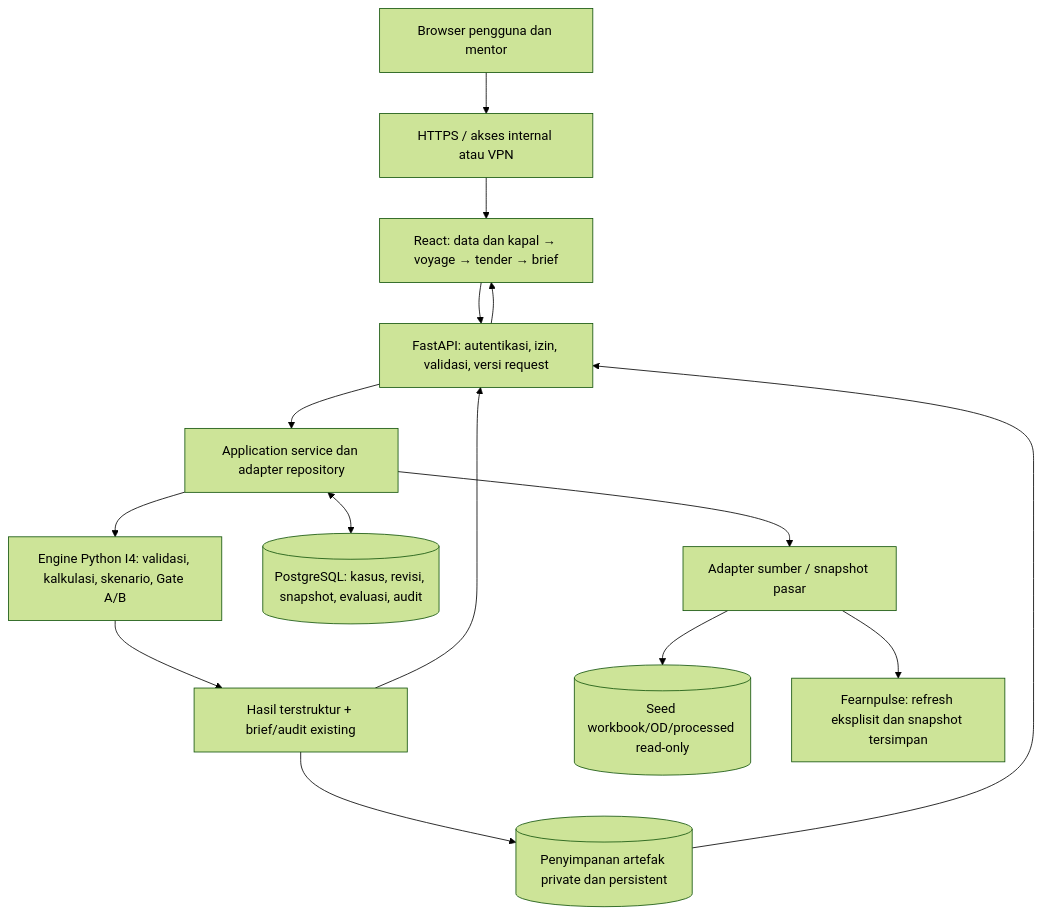
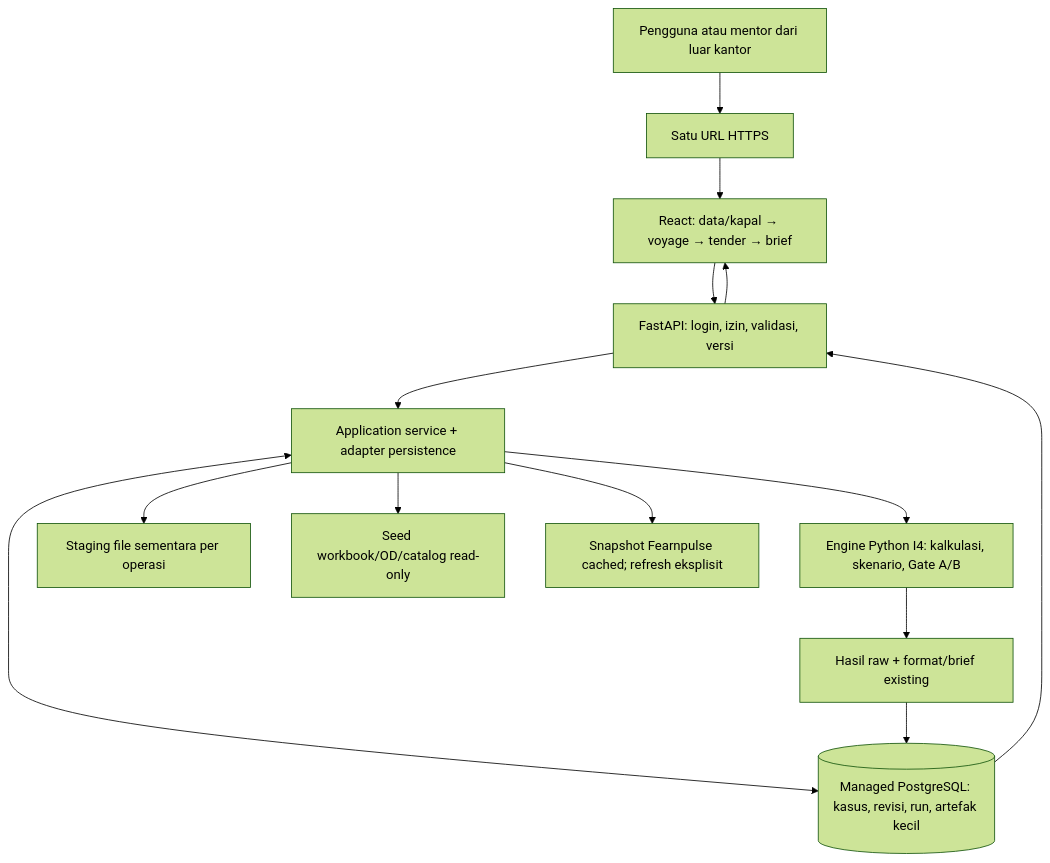
The second of 2 diagrams in docs/it_5/ITERATION_05_PLAN.md (aidanismail/pilog-cfr-dss), drawn with Mermaid (forest theme) before and after one commit. The commit also changed other lines of this file and 9 other files, not shown here.

````diff
--- a/docs/it_5/ITERATION_05_PLAN.md
+++ b/docs/it_5/ITERATION_05_PLAN.md
@@ -65,17 +70,16 @@
 ```mermaid
 flowchart TD
-    U["Browser pengguna dan mentor"] --> G["HTTPS / akses internal atau VPN"]
-    G --> W["React: data dan kapal → voyage → tender → brief"]
-    W --> A["FastAPI: autentikasi, izin, validasi, versi request"]
-    A --> S["Application service dan adapter repository"]
-    S --> E["Engine Python I4: validasi, kalkulasi, skenario, Gate A/B"]
-    E --> R["Hasil terstruktur + brief/audit existing"]
-    S <--> D[("PostgreSQL: kasus, revisi, snapshot, evaluasi, audit")]
-    R --> F[("Penyimpanan artefak private dan persistent")]
-    S --> X["Adapter sumber / snapshot pasar"]
-    X --> C[("Seed workbook/OD/processed read-only")]
-    X --> M["Fearnpulse: refresh eksplisit dan snapshot tersimpan"]
-    F --> A
-    R --> A
+    U["Pengguna atau mentor dari luar kantor"] --> H["Satu URL HTTPS"]
+    H --> W["React: data/kapal → voyage → tender → brief"]
+    W --> A["FastAPI: login, izin, validasi, versi"]
+    A --> S["Application service + adapter persistence"]
+    S --> E["Engine Python I4: kalkulasi, skenario, Gate A/B"]
+    S <--> D[("Managed PostgreSQL: kasus, revisi, run, artefak kecil")]
+    S --> T["Staging file sementara per operasi"]
+    E --> R["Hasil raw + format/brief existing"]
+    R --> D
+    D --> A
     A --> W
+    S --> C["Seed workbook/OD/catalog read-only"]
+    S --> F["Snapshot Fearnpulse cached; refresh eksplisit"]
 ```
````
